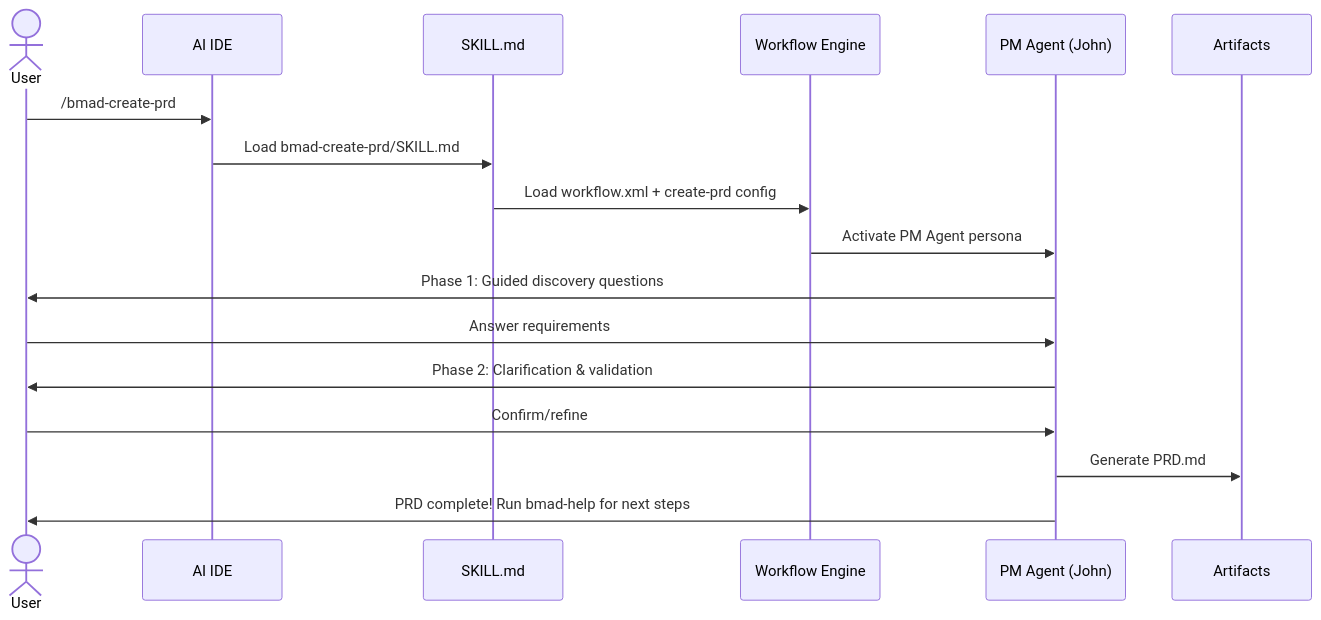
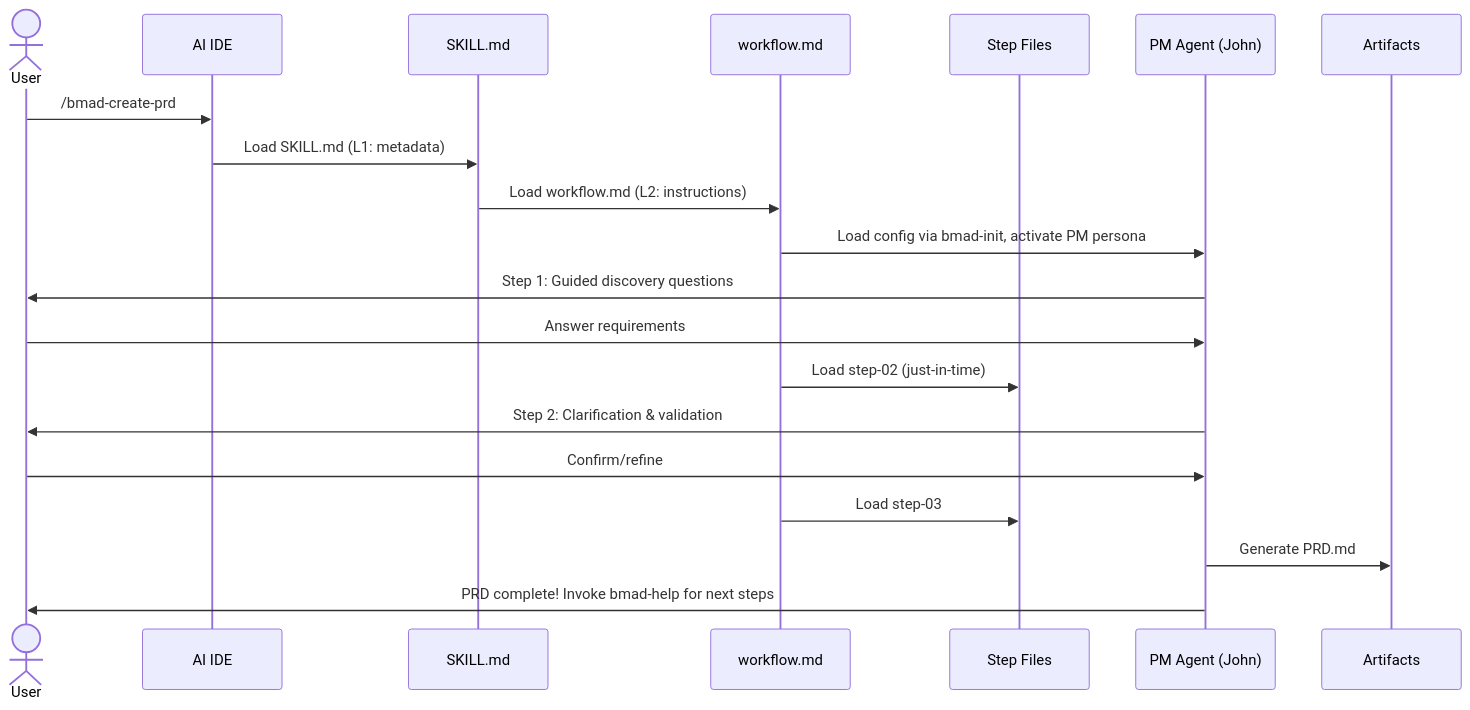
Before and after one commit to thientranhung/agentic-coding-lab: the third of 10 diagrams in vn/bmad-method/1. Architecture and Logic.md, drawn with Mermaid. The commit also changed other lines of this file and 14 other files, not shown here.

````diff
--- a/vn/bmad-method/1. Architecture and Logic.md
+++ b/vn/bmad-method/1. Architecture and Logic.md
@@ -119,20 +109,23 @@
 ```mermaid
 sequenceDiagram
     actor User
     participant IDE as AI IDE
     participant Skill as SKILL.md
-    participant WE as Workflow Engine
+    participant WF as workflow.md
+    participant Steps as Step Files
     participant Agent as PM Agent (John)
     participant FS as Artifacts
 
     User->>IDE: /bmad-create-prd
-    IDE->>Skill: Load bmad-create-prd/SKILL.md
-    Skill->>WE: Load workflow.xml + create-prd config
-    WE->>Agent: Activate PM Agent persona
-    Agent->>User: Phase 1: Guided discovery questions
+    IDE->>Skill: Load SKILL.md (L1: metadata)
+    Skill->>WF: Load workflow.md (L2: instructions)
+    WF->>Agent: Load config via bmad-init, activate PM persona
+    Agent->>User: Step 1: Guided discovery questions
     User->>Agent: Answer requirements
-    Agent->>User: Phase 2: Clarification & validation
+    WF->>Steps: Load step-02 (just-in-time)
+    Agent->>User: Step 2: Clarification & validation
     User->>Agent: Confirm/refine
+    WF->>Steps: Load step-03
     Agent->>FS: Generate PRD.md
-    Agent->>User: PRD complete! Run bmad-help for next steps
+    Agent->>User: PRD complete! Invoke bmad-help for next steps
 ```
````
